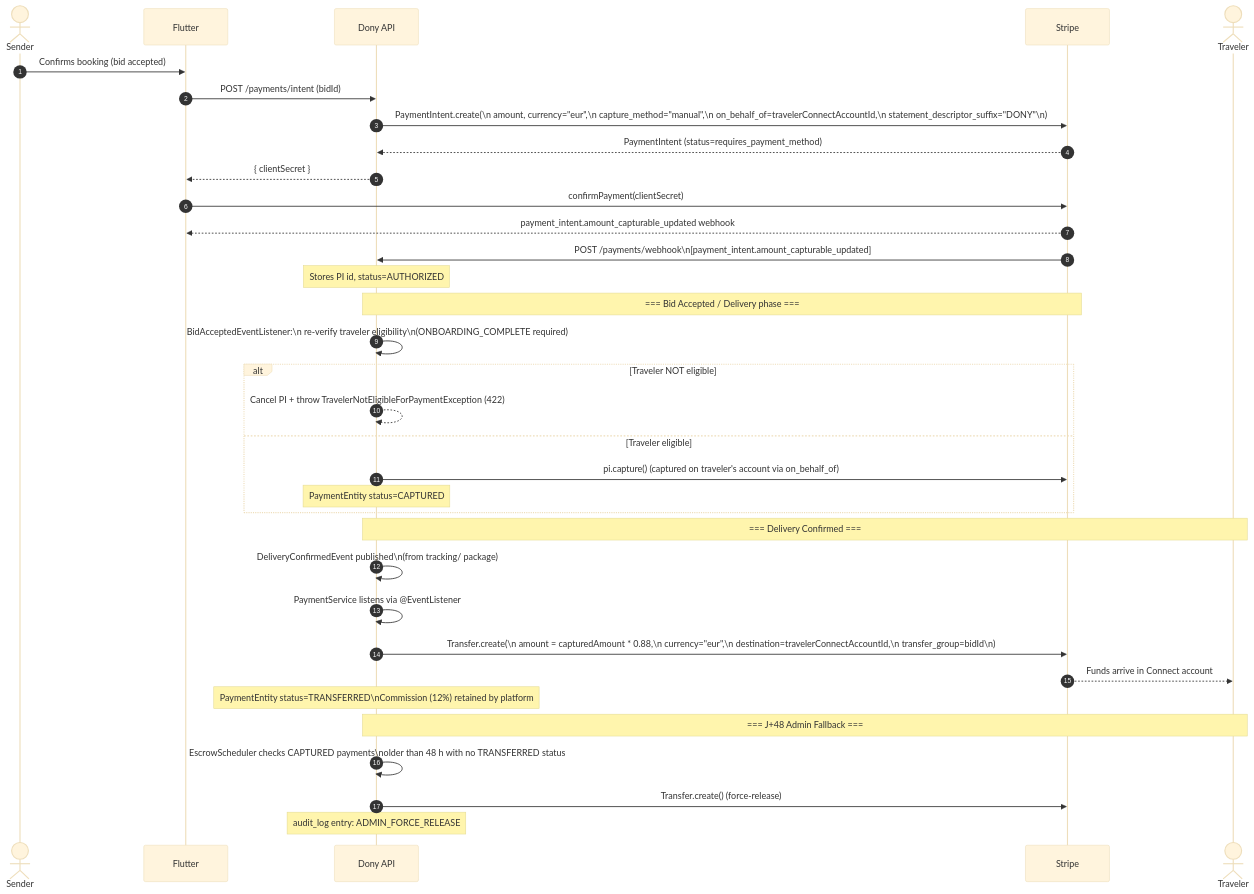
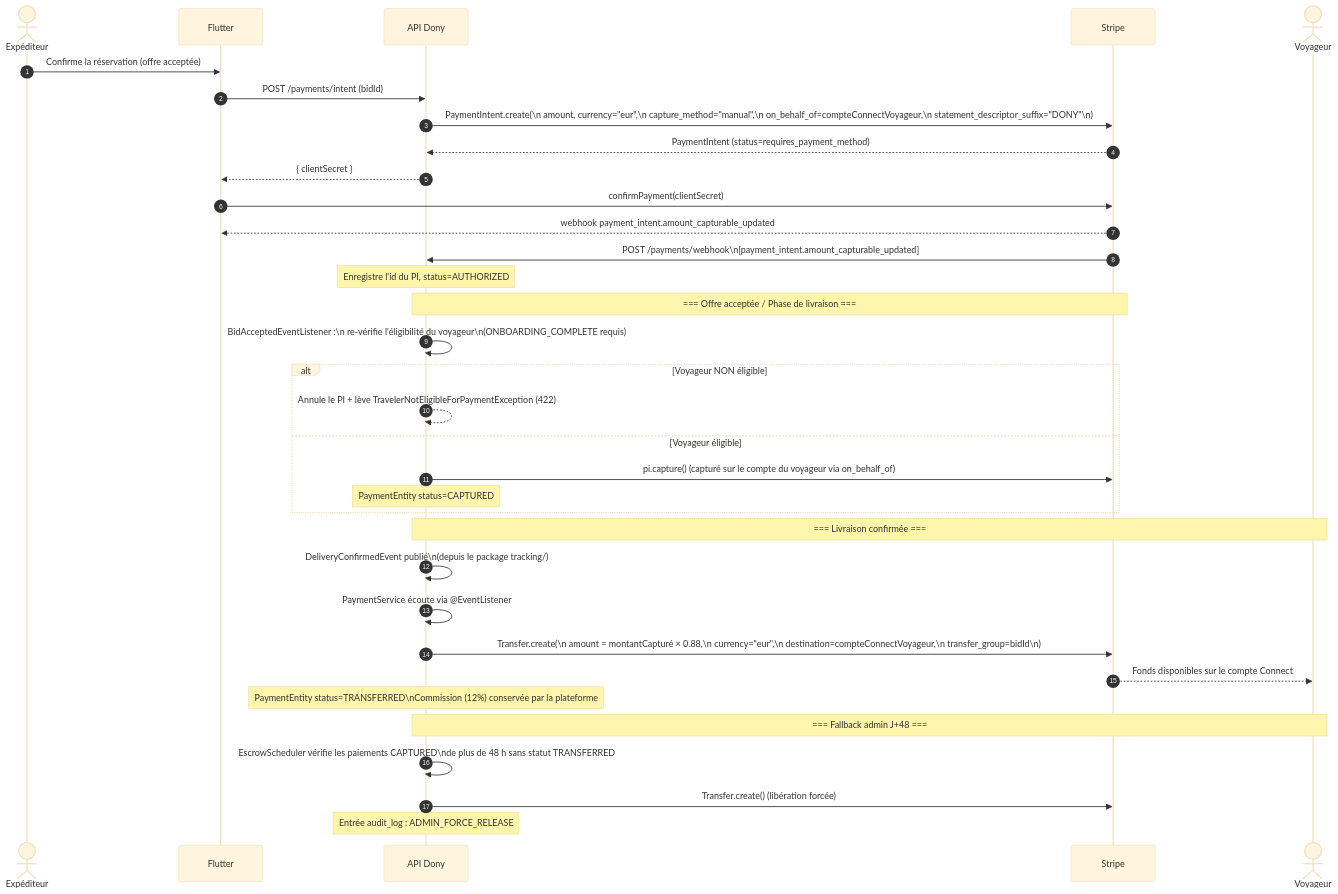
Before and after one commit to MONDONY/dony-back: the diagram in docs/payments-flow.md, drawn with Mermaid (base theme). The commit also changed other lines of this file and 1 other file, not shown here.

Commit message:
Translate payments flow and Stripe Connect documentation to French

````diff
--- a/docs/payments-flow.md
+++ b/docs/payments-flow.md
@@ -23,44 +23,44 @@
 ```mermaid
 sequenceDiagram
     autonumber
-    actor Sender
+    actor Expéditeur
     participant Flutter
-    participant API as Dony API
+    participant API as API Dony
     participant Stripe
-    actor Traveler
+    actor Voyageur
 
-    Sender->>Flutter: Confirms booking (bid accepted)
+    Expéditeur->>Flutter: Confirme la réservation (offre acceptée)
     Flutter->>API: POST /payments/intent (bidId)
-    API->>Stripe: PaymentIntent.create(\n  amount, currency="eur",\n  capture_method="manual",\n  on_behalf_of=travelerConnectAccountId,\n  statement_descriptor_suffix="DONY"\n)
+    API->>Stripe: PaymentIntent.create(\n  amount, currency="eur",\n  capture_method="manual",\n  on_behalf_of=compteConnectVoyageur,\n  statement_descriptor_suffix="DONY"\n)
     Stripe-->>API: PaymentIntent (status=requires_payment_method)
     API-->>Flutter: { clientSecret }
 
     Flutter->>Stripe: confirmPayment(clientSecret)
-    Stripe-->>Flutter: payment_intent.amount_capturable_updated webhook
+    Stripe-->>Flutter: webhook payment_intent.amount_capturable_updated
     Stripe->>API: POST /payments/webhook\n[payment_intent.amount_capturable_updated]
-    Note over API: Stores PI id, status=AUTHORIZED
+    Note over API: Enregistre l'id du PI, status=AUTHORIZED
 
-    Note over API,Stripe: === Bid Accepted / Delivery phase ===
+    Note over API,Stripe: === Offre acceptée / Phase de livraison ===
 
-    API->>API: BidAcceptedEventListener:\n re-verify traveler eligibility\n(ONBOARDING_COMPLETE required)
-    alt Traveler NOT eligible
-        API-->>API: Cancel PI + throw TravelerNotEligibleForPaymentException (422)
-    else Traveler eligible
-        API->>Stripe: pi.capture() (captured on traveler's account via on_behalf_of)
+    API->>API: BidAcceptedEventListener :\n re-vérifie l'éligibilité du voyageur\n(ONBOARDING_COMPLETE requis)
+    alt Voyageur NON éligible
+        API-->>API: Annule le PI + lève TravelerNotEligibleForPaymentException (422)
+    else Voyageur éligible
+        API->>Stripe: pi.capture() (capturé sur le compte du voyageur via on_behalf_of)
         Note over API: PaymentEntity status=CAPTURED
     end
 
-    Note over API,Traveler: === Delivery Confirmed ===
+    Note over API,Voyageur: === Livraison confirmée ===
 
-    API->>API: DeliveryConfirmedEvent published\n(from tracking/ package)
-    API->>API: PaymentService listens via @EventListener
-    API->>Stripe: Transfer.create(\n  amount = capturedAmount * 0.88,\n  currency="eur",\n  destination=travelerConnectAccountId,\n  transfer_group=bidId\n)
-    Stripe-->>Traveler: Funds arrive in Connect account
-    Note over API: PaymentEntity status=TRANSFERRED\nCommission (12%) retained by platform
+    API->>API: DeliveryConfirmedEvent publié\n(depuis le package tracking/)
+    API->>API: PaymentService écoute via @EventListener
+    API->>Stripe: Transfer.create(\n  amount = montantCapturé × 0.88,\n  currency="eur",\n  destination=compteConnectVoyageur,\n  transfer_group=bidId\n)
+    Stripe-->>Voyageur: Fonds disponibles sur le compte Connect
+    Note over API: PaymentEntity status=TRANSFERRED\nCommission (12%) conservée par la plateforme
 
-    Note over API,Traveler: === J+48 Admin Fallback ===
+    Note over API,Voyageur: === Fallback admin J+48 ===
 
-    API->>API: EscrowScheduler checks CAPTURED payments\nolder than 48 h with no TRANSFERRED status
-    API->>Stripe: Transfer.create() (force-release)
-    Note over API: audit_log entry: ADMIN_FORCE_RELEASE
+    API->>API: EscrowScheduler vérifie les paiements CAPTURED\nde plus de 48 h sans statut TRANSFERRED
+    API->>Stripe: Transfer.create() (libération forcée)
+    Note over API: Entrée audit_log : ADMIN_FORCE_RELEASE
 ```
````
